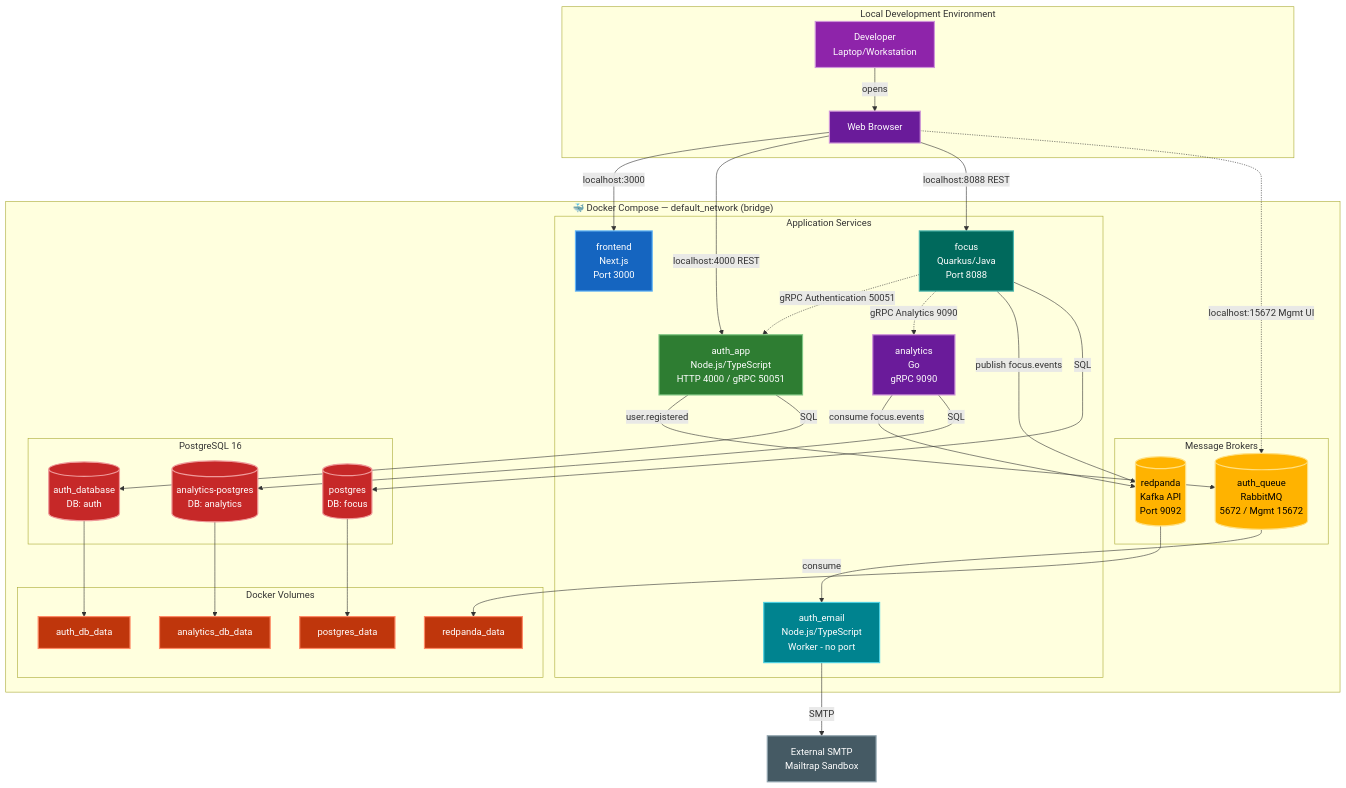
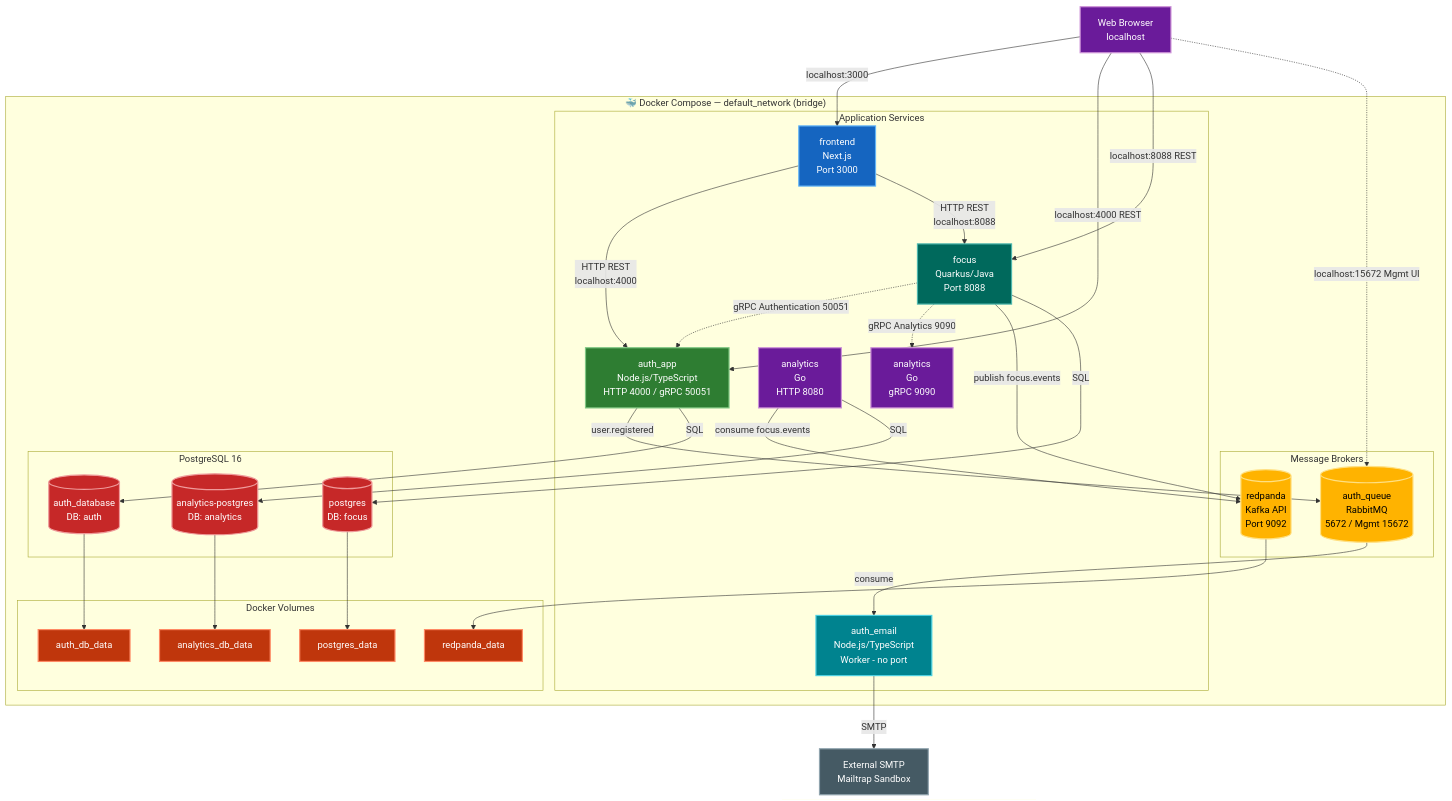
Before and after one commit to CloudNativeDevelopmentTeamH/infra: the second of 2 diagrams in architecture.md, drawn with Mermaid. The commit also changed other lines of this file, not shown here.

Commit message:
refactor architecture documentation to enhance clarity and detail for Kubernetes and local development setups

````diff
--- a/architecture.md
+++ b/architecture.md
@@ -127,16 +133,14 @@
 ```mermaid
 graph TB
-    subgraph Developer["Local Development Environment"]
-        Dev[Developer<br/>Laptop/Workstation]
-        Browser[Web Browser]
-    end
+    Browser[Web Browser<br/>localhost]
 
     subgraph Compose["🐳 Docker Compose — default_network (bridge)"]
         subgraph Services["Application Services"]
             LocalFrontend[frontend<br/>Next.js<br/>Port 3000]
             LocalAuth[auth_app<br/>Node.js/TypeScript<br/>HTTP 4000 / gRPC 50051]
             LocalFocus[focus<br/>Quarkus/Java<br/>Port 8088]
-            LocalAnalytics[analytics<br/>Go<br/>gRPC 9090]
+            LocalAnalyticsHTTP[analytics<br/>Go<br/>HTTP 8080]
+            LocalAnalyticsGRPC[analytics<br/>Go<br/>gRPC 9090]
             LocalEmail[auth_email<br/>Node.js/TypeScript<br/>Worker - no port]
         end
 
@@ -161,18 +165,19 @@
 
     ExternalSMTP[External SMTP<br/>Mailtrap Sandbox]
 
-    %% Developer workflow
-    Dev -->|opens| Browser
-
-    %% Published host ports — browser connects directly (no proxy)
+    %% Browser as direct entry point to services
     Browser -->|localhost:3000| LocalFrontend
     Browser -->|localhost:4000 REST| LocalAuth
     Browser -->|localhost:8088 REST| LocalFocus
     Browser -.->|localhost:15672 Mgmt UI| LocalRabbitMQ
 
+    %% Frontend-to-Backend API calls (direct localhost)
+    LocalFrontend -->|HTTP REST<br/>localhost:4000| LocalAuth
+    LocalFrontend -->|HTTP REST<br/>localhost:8088| LocalFocus
+
     %% Service-to-service communication (gRPC)
     LocalFocus -.->|gRPC Authentication 50051| LocalAuth
-    LocalFocus -.->|gRPC Analytics 9090| LocalAnalytics
+    LocalFocus -.->|gRPC Analytics 9090| LocalAnalyticsGRPC
 
     %% Async Communication (RabbitMQ)
     LocalAuth -->|user.registered| LocalRabbitMQ
@@ -181,12 +186,12 @@
 
     %% Async Communication (Kafka / Redpanda)
     LocalFocus -->|publish focus.events| LocalRedpanda
-    LocalAnalytics -->|consume focus.events| LocalRedpanda
+    LocalAnalyticsHTTP -->|consume focus.events| LocalRedpanda
 
     %% Database connections
     LocalAuth -->|SQL| LocalAuthDB
     LocalFocus -->|SQL| LocalFocusDB
-    LocalAnalytics -->|SQL| LocalAnalyticsDB
+    LocalAnalyticsHTTP -->|SQL| LocalAnalyticsDB
 
     %% Storage (RabbitMQ is ephemeral - no volume)
     LocalAuthDB --> AuthData
@@ -194,13 +199,13 @@
     LocalAnalyticsDB --> AnalyticsData
     LocalRedpanda --> RedpandaData
 
-    style Dev fill:#8e24aa,stroke:#ce93d8,stroke-width:2px,color:#fff
     style Browser fill:#6a1b9a,stroke:#ce93d8,stroke-width:2px,color:#fff
     style LocalFrontend fill:#1565c0,stroke:#64b5f6,stroke-width:2px,color:#fff
     style LocalAuth fill:#2e7d32,stroke:#81c784,stroke-width:2px,color:#fff
     style LocalFocus fill:#00695c,stroke:#4db6ac,stroke-width:2px,color:#fff
     style LocalEmail fill:#00838f,stroke:#4dd0e1,stroke-width:2px,color:#fff
-    style LocalAnalytics fill:#6a1b9a,stroke:#ce93d8,stroke-width:2px,color:#fff
+    style LocalAnalyticsHTTP fill:#6a1b9a,stroke:#ce93d8,stroke-width:2px,color:#fff
+    style LocalAnalyticsGRPC fill:#6a1b9a,stroke:#ce93d8,stroke-width:2px,color:#fff
     style LocalAuthDB fill:#c62828,stroke:#ef9a9a,stroke-width:2px,color:#fff
     style LocalFocusDB fill:#c62828,stroke:#ef9a9a,stroke-width:2px,color:#fff
     style LocalAnalyticsDB fill:#c62828,stroke:#ef9a9a,stroke-width:2px,color:#fff
````
